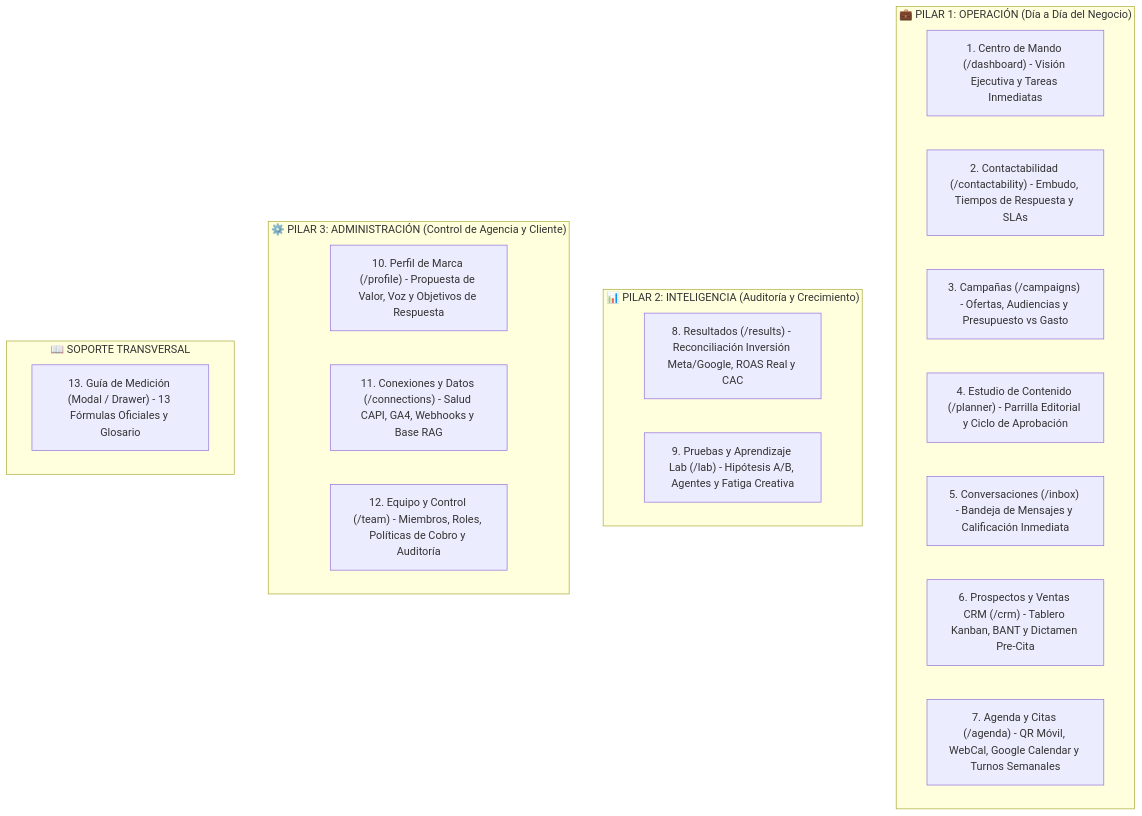
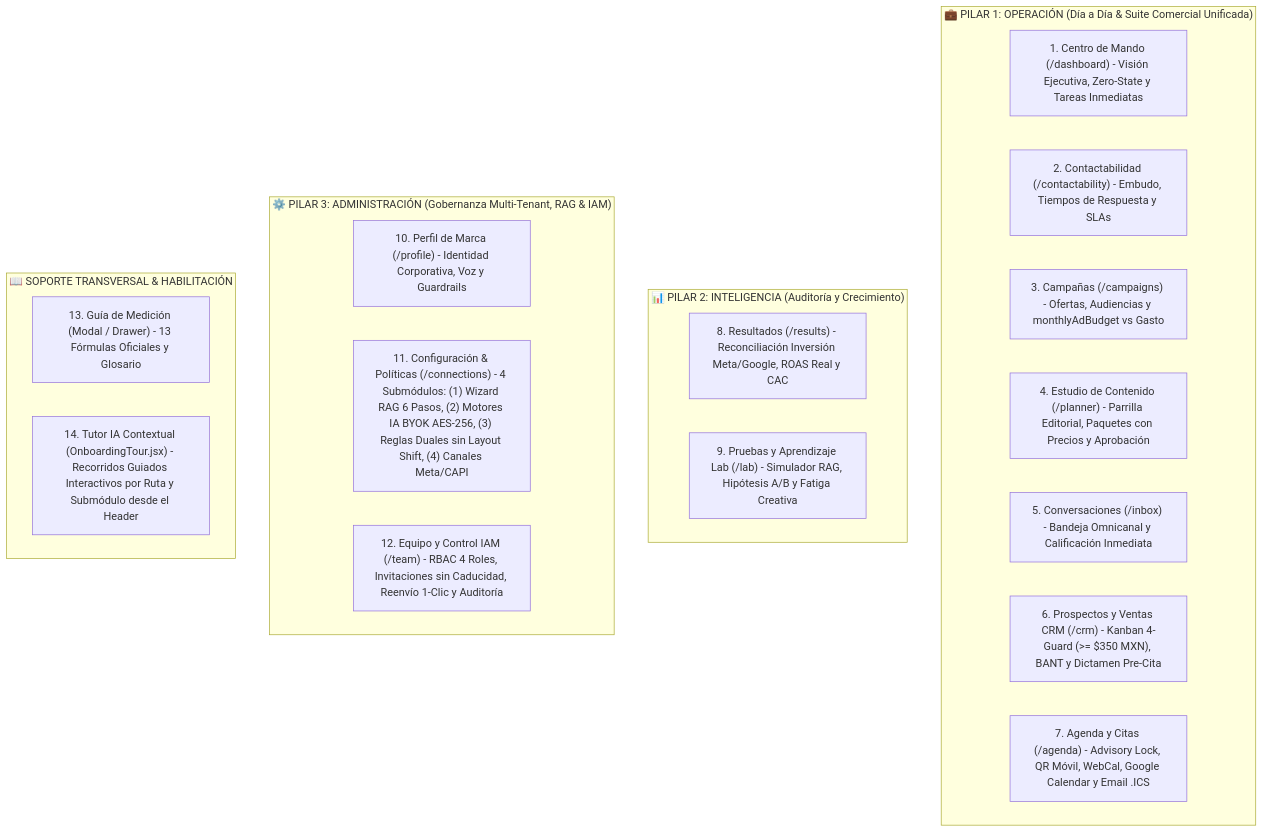
Before and after one commit to VectorInside/Vector-Community: the seventh of 7 diagrams in README.md, drawn with Mermaid. The commit also changed other lines of this file, not shown here.

Commit message:
docs(readme): update README with ADR-001..013, SDD v4.2, global architecture and 3 swimlane diagrams

````diff
--- a/README.md
+++ b/README.md
@@ -227,27 +370,28 @@
 ```mermaid
 graph TD
-    subgraph Pillar1["💼 PILAR 1: OPERACIÓN (Día a Día del Negocio)"]
-        M01["1. Centro de Mando (/dashboard) - Visión Ejecutiva y Tareas Inmediatas"]
+    subgraph Pillar1["💼 PILAR 1: OPERACIÓN (Día a Día & Suite Comercial Unificada)"]
+        M01["1. Centro de Mando (/dashboard) - Visión Ejecutiva, Zero-State y Tareas Inmediatas"]
         M02["2. Contactabilidad (/contactability) - Embudo, Tiempos de Respuesta y SLAs"]
-        M03["3. Campañas (/campaigns) - Ofertas, Audiencias y Presupuesto vs Gasto"]
-        M04["4. Estudio de Contenido (/planner) - Parrilla Editorial y Ciclo de Aprobación"]
-        M05["5. Conversaciones (/inbox) - Bandeja de Mensajes y Calificación Inmediata"]
-        M06["6. Prospectos y Ventas CRM (/crm) - Tablero Kanban, BANT y Dictamen Pre-Cita"]
-        M07["7. Agenda y Citas (/agenda) - QR Móvil, WebCal, Google Calendar y Turnos Semanales"]
+        M03["3. Campañas (/campaigns) - Ofertas, Audiencias y monthlyAdBudget vs Gasto"]
+        M04["4. Estudio de Contenido (/planner) - Parrilla Editorial, Paquetes con Precios y Aprobación"]
+        M05["5. Conversaciones (/inbox) - Bandeja Omnicanal y Calificación Inmediata"]
+        M06["6. Prospectos y Ventas CRM (/crm) - Kanban 4-Guard (>= $350 MXN), BANT y Dictamen Pre-Cita"]
+        M07["7. Agenda y Citas (/agenda) - Advisory Lock, QR Móvil, WebCal, Google Calendar y Email .ICS"]
     end
 
     subgraph Pillar2["📊 PILAR 2: INTELIGENCIA (Auditoría y Crecimiento)"]
         M08["8. Resultados (/results) - Reconciliación Inversión Meta/Google, ROAS Real y CAC"]
-        M09["9. Pruebas y Aprendizaje Lab (/lab) - Hipótesis A/B, Agentes y Fatiga Creativa"]
+        M09["9. Pruebas y Aprendizaje Lab (/lab) - Simulador RAG, Hipótesis A/B y Fatiga Creativa"]
     end
 
-    subgraph Pillar3["⚙️ PILAR 3: ADMINISTRACIÓN (Control de Agencia y Cliente)"]
-        M10["10. Perfil de Marca (/profile) - Propuesta de Valor, Voz y Objetivos de Respuesta"]
-        M11["11. Conexiones y Datos (/connections) - Salud CAPI, GA4, Webhooks y Base RAG"]
-        M12["12. Equipo y Control (/team) - Miembros, Roles, Políticas de Cobro y Auditoría"]
+    subgraph Pillar3["⚙️ PILAR 3: ADMINISTRACIÓN (Gobernanza Multi-Tenant, RAG & IAM)"]
+        M10["10. Perfil de Marca (/profile) - Identidad Corporativa, Voz y Guardrails"]
+        M11["11. Configuración & Políticas (/connections) - 4 Submódulos: (1) Wizard RAG 6 Pasos, (2) Motores IA BYOK AES-256, (3) Reglas Duales sin Layout Shift, (4) Canales Meta/CAPI"]
+        M12["12. Equipo y Control IAM (/team) - RBAC 4 Roles, Invitaciones sin Caducidad, Reenvío 1-Clic y Auditoría"]
     end
 
-    subgraph Pillar4["📖 SOPORTE TRANSVERSAL"]
+    subgraph Pillar4["📖 SOPORTE TRANSVERSAL & HABILITACIÓN"]
         M13["13. Guía de Medición (Modal / Drawer) - 13 Fórmulas Oficiales y Glosario"]
+        M14["14. Tutor IA Contextual (OnboardingTour.jsx) - Recorridos Guiados Interactivos por Ruta y Submódulo desde el Header"]
     end
 ```
````
